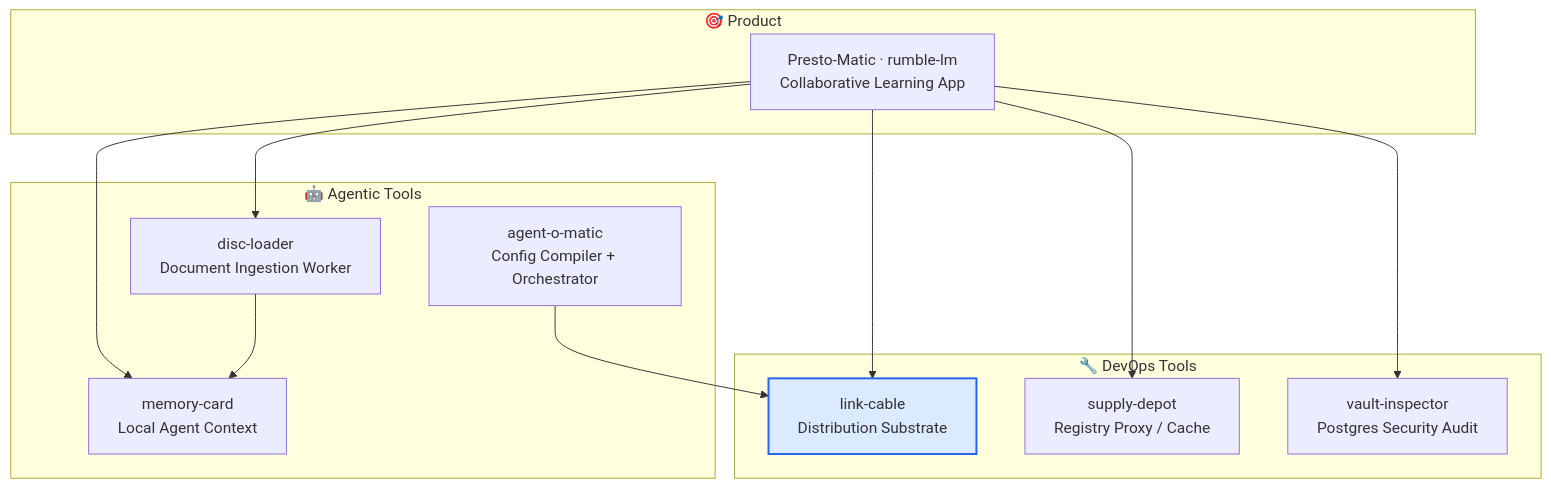
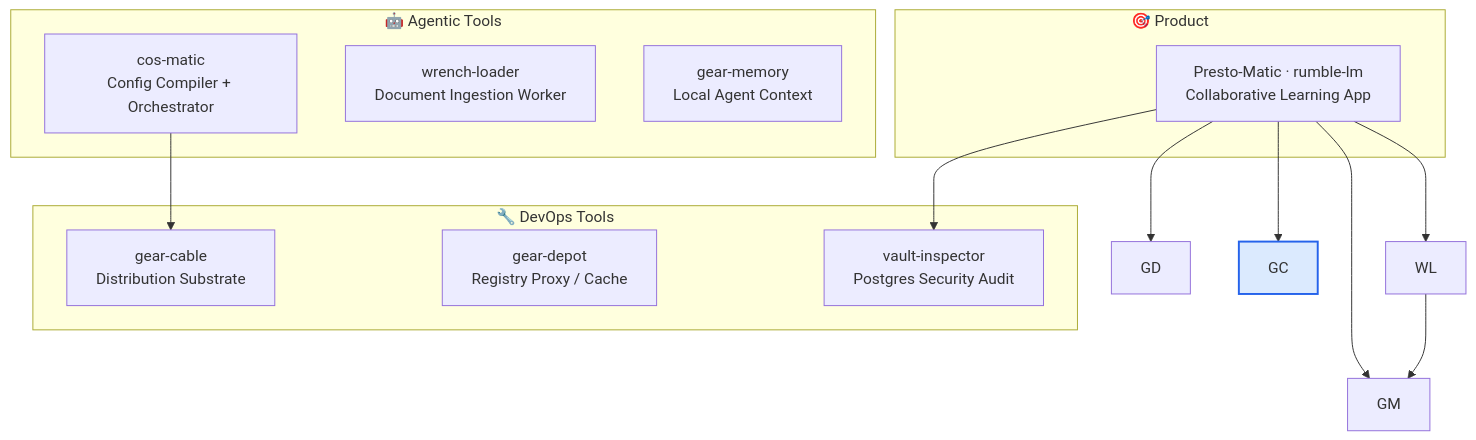
One commit to constantin-jais/link-cable changed the diagram in README.md. Above: the diagram before and after it, drawn with Mermaid. The commit also changed other lines of this file and 20 other files, not shown here.

````diff
--- a/README.md
+++ b/README.md
@@ -17,24 +17,24 @@
 ```mermaid
 graph TB
     subgraph product["🎯 Product"]
         RL["Presto-Matic · rumble-lm<br/>Collaborative Learning App"]
     end
     subgraph agentic["🤖 Agentic Tools"]
-        AOM["agent-o-matic<br/>Config Compiler + Orchestrator"]
-        DL["disc-loader<br/>Document Ingestion Worker"]
-        MC["memory-card<br/>Local Agent Context"]
+        cosmatic["cos-matic<br/>Config Compiler + Orchestrator"]
+        DL["wrench-loader<br/>Document Ingestion Worker"]
+        MC["gear-memory<br/>Local Agent Context"]
     end
     subgraph devops["🔧 DevOps Tools"]
-        LC["link-cable<br/>Distribution Substrate"]
-        SD["supply-depot<br/>Registry Proxy / Cache"]
+        LC["gear-cable<br/>Distribution Substrate"]
+        SD["gear-depot<br/>Registry Proxy / Cache"]
         VI["vault-inspector<br/>Postgres Security Audit"]
     end
-    RL --> DL
-    RL --> MC
+    RL --> WL
+    RL --> GM
     RL --> VI
-    RL --> SD
-    RL --> LC
-    AOM --> LC
-    DL --> MC
-    style LC fill:#dbeafe,stroke:#2563eb,stroke-width:2px
+    RL --> GD
+    RL --> GC
+    cosmatic --> LC
+    WL --> GM
+    style GC fill:#dbeafe,stroke:#2563eb,stroke-width:2px
 ```
````
